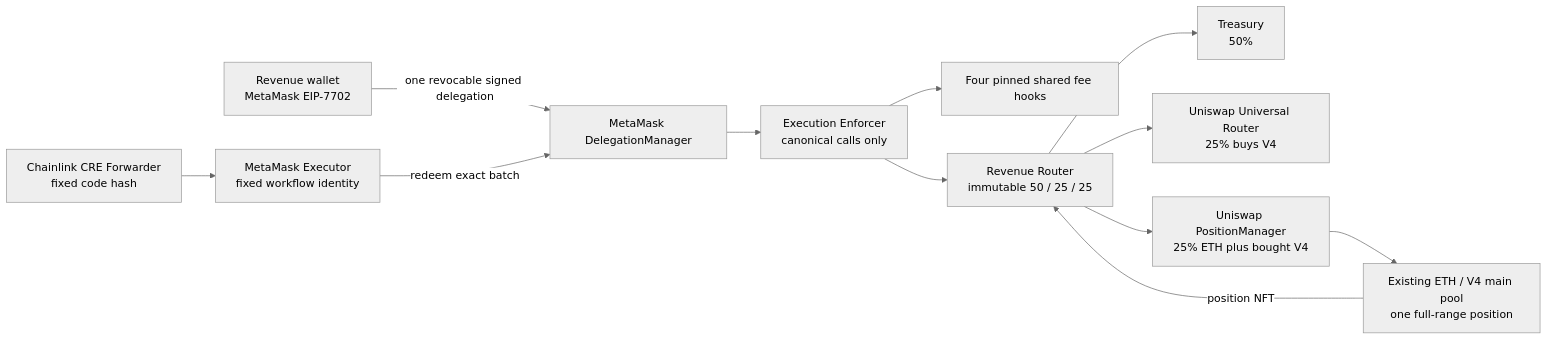
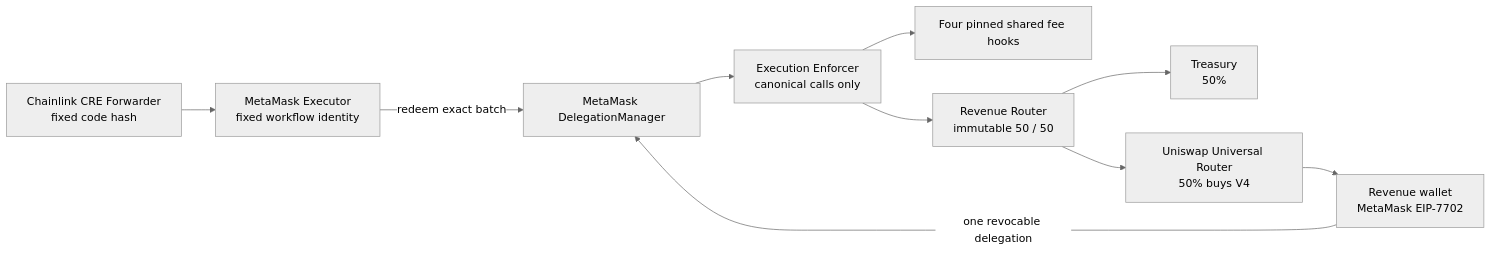
Before and after one commit to 0xprogrammable/PROGRAMMABLE: the first of 3 diagrams in contracts/security/PROTOCOL-REVENUE-V1-DIAGRAMS.md, drawn with Mermaid (neutral theme). The commit also changed other lines of this file and 14 other files, not shown here.

````diff
--- a/contracts/security/PROTOCOL-REVENUE-V1-DIAGRAMS.md
+++ b/contracts/security/PROTOCOL-REVENUE-V1-DIAGRAMS.md
@@ -5,14 +5,12 @@
 ```mermaid
 flowchart LR
     CRE["Chainlink CRE Forwarder\nfixed code hash"] --> EX["MetaMask Executor\nfixed workflow identity"]
-    RW["Revenue wallet\nMetaMask EIP-7702"] -->|"one revocable signed delegation"| DM["MetaMask DelegationManager"]
+    RW["Revenue wallet\nMetaMask EIP-7702"] -->|"one revocable delegation"| DM["MetaMask DelegationManager"]
     EX -->|"redeem exact batch"| DM
     DM --> EN["Execution Enforcer\ncanonical calls only"]
     EN --> H["Four pinned shared fee hooks"]
-    EN --> R["Revenue Router\nimmutable 50 / 25 / 25"]
+    EN --> R["Revenue Router\nimmutable 50 / 50"]
     R --> T["Treasury\n50%"]
-    R --> UR["Uniswap Universal Router\n25% buys V4"]
-    R --> PM["Uniswap PositionManager\n25% ETH plus bought V4"]
-    PM --> LP["Existing ETH / V4 main pool\none full-range position"]
-    LP -->|"position NFT"| R
+    R --> UR["Uniswap Universal Router\n50% buys V4"]
+    UR --> RW
 ```
````
